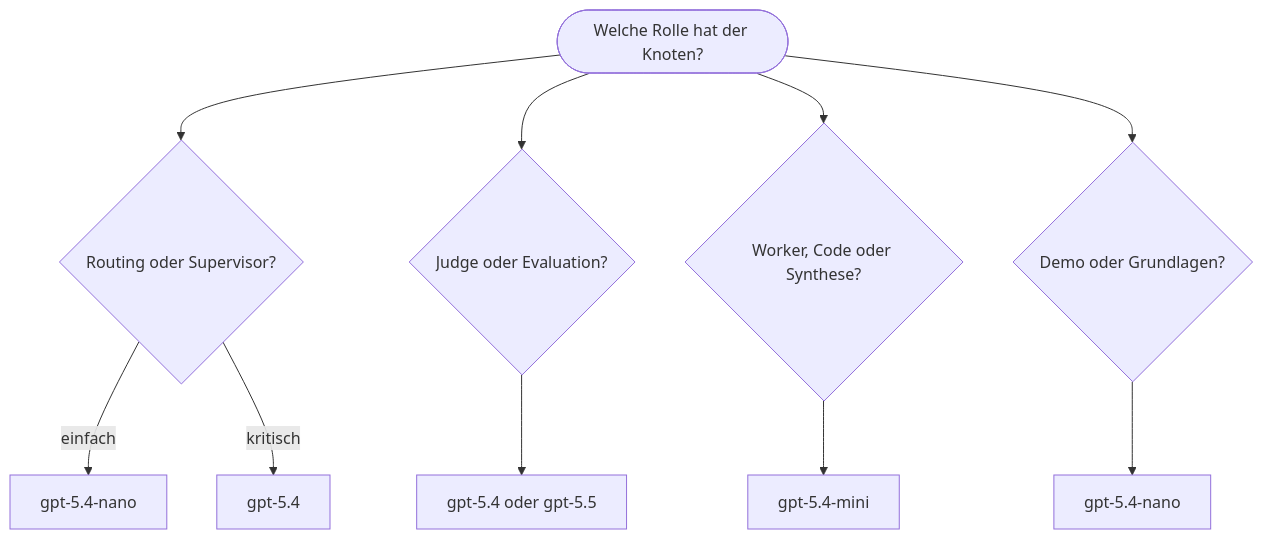
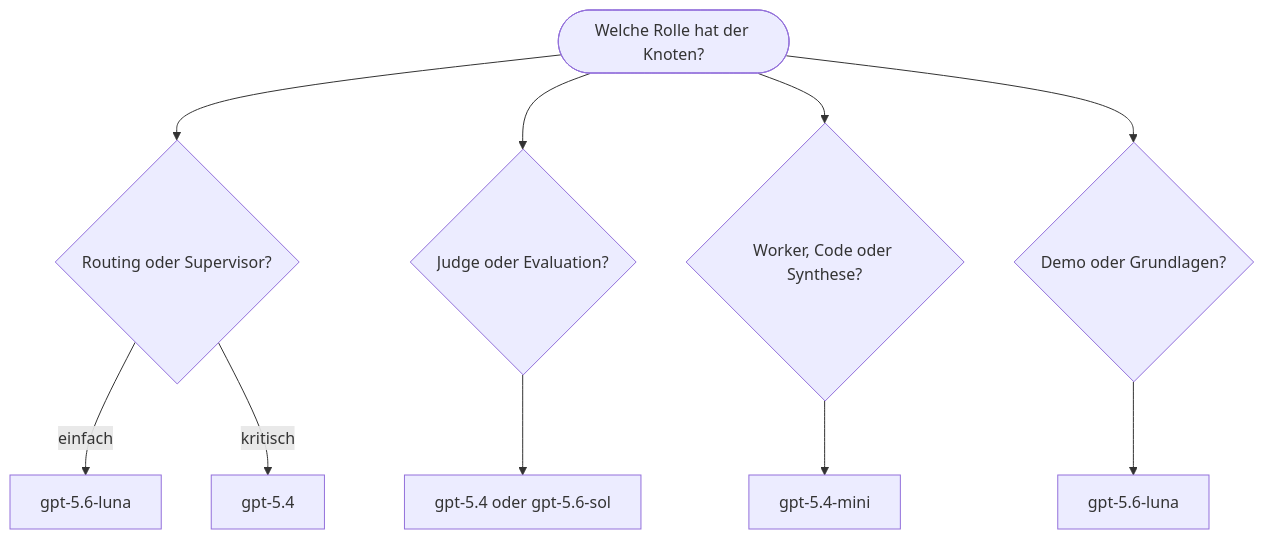
Before and after one commit to ralf-42/Agenten: the first of 2 diagrams in docs/03-modelle-provider-anpassung/modellauswahl.md, drawn with Mermaid. The commit also changed other lines of this file and 68 other files, not shown here.

````diff
--- a/docs/03-modelle-provider-anpassung/modellauswahl.md
+++ b/docs/03-modelle-provider-anpassung/modellauswahl.md
@@ -94,14 +96,14 @@
 ```mermaid
 flowchart TD
     START(["Welche Rolle hat der Knoten?"])
     START --> R{"Routing oder Supervisor?"}
     START --> J{"Judge oder Evaluation?"}
     START --> W{"Worker, Code oder Synthese?"}
     START --> D{"Demo oder Grundlagen?"}
 
-    R -->|einfach| ROUTER["gpt-5.4-nano"]
+    R -->|einfach| ROUTER["gpt-5.6-luna"]
     R -->|kritisch| SUP["gpt-5.4"]
-    J --> JUDGE["gpt-5.4 oder gpt-5.5"]
+    J --> JUDGE["gpt-5.4 oder gpt-5.6-sol"]
     W --> WORKER["gpt-5.4-mini"]
-    D --> BASE["gpt-5.4-nano"]
+    D --> BASE["gpt-5.6-luna"]
 ```
````
